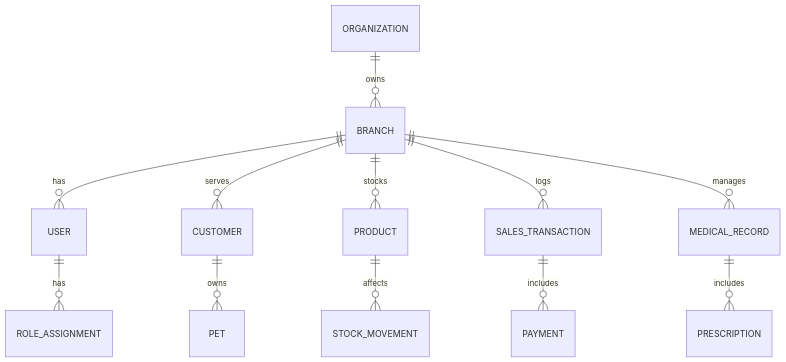
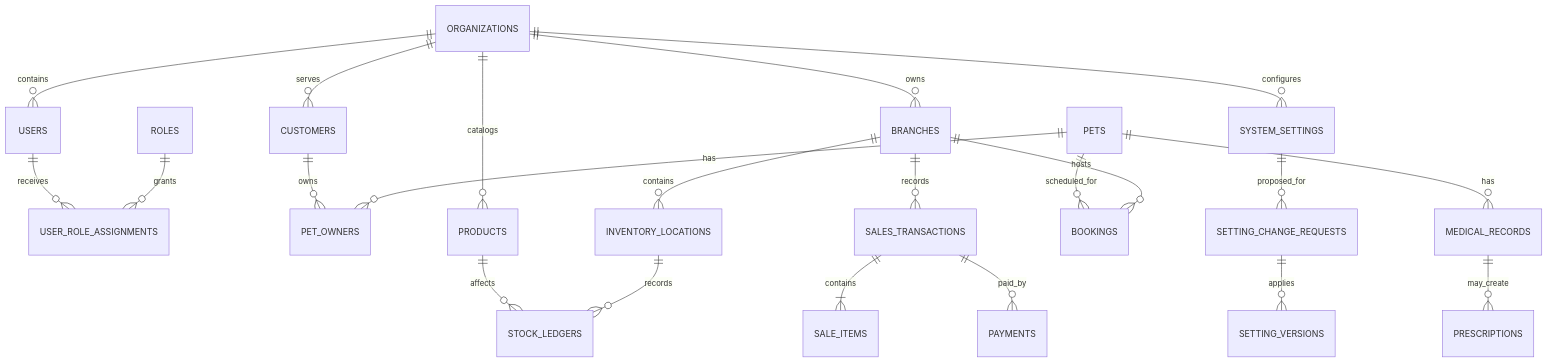
The diagram in docs/04-database/entity-relationship-diagram.md (centranf1/PETORA-INDONESIA), drawn with Mermaid before and after one commit. The commit also changed other lines of this file and 75 other files, not shown here.

````diff
--- a/docs/04-database/entity-relationship-diagram.md
+++ b/docs/04-database/entity-relationship-diagram.md
@@ -25,14 +27,24 @@
 ```mermaid
 erDiagram
-ORGANIZATION ||--o{ BRANCH : owns
-BRANCH ||--o{ USER : has
-USER ||--o{ ROLE_ASSIGNMENT : has
-BRANCH ||--o{ CUSTOMER : serves
-CUSTOMER ||--o{ PET : owns
-BRANCH ||--o{ PRODUCT : stocks
-PRODUCT ||--o{ STOCK_MOVEMENT : affects
-BRANCH ||--o{ SALES_TRANSACTION : logs
-SALES_TRANSACTION ||--o{ PAYMENT : includes
-BRANCH ||--o{ MEDICAL_RECORD : manages
-MEDICAL_RECORD ||--o{ PRESCRIPTION : includes
+	ORGANIZATIONS ||--o{ BRANCHES : owns
+	ORGANIZATIONS ||--o{ USERS : contains
+	USERS ||--o{ USER_ROLE_ASSIGNMENTS : receives
+	ROLES ||--o{ USER_ROLE_ASSIGNMENTS : grants
+	ORGANIZATIONS ||--o{ CUSTOMERS : serves
+	CUSTOMERS ||--o{ PET_OWNERS : owns
+	PETS ||--o{ PET_OWNERS : has
+	ORGANIZATIONS ||--o{ PRODUCTS : catalogs
+	BRANCHES ||--o{ INVENTORY_LOCATIONS : contains
+	PRODUCTS ||--o{ STOCK_LEDGERS : affects
+	INVENTORY_LOCATIONS ||--o{ STOCK_LEDGERS : records
+	BRANCHES ||--o{ SALES_TRANSACTIONS : records
+	SALES_TRANSACTIONS ||--|{ SALE_ITEMS : contains
+	SALES_TRANSACTIONS ||--o{ PAYMENTS : paid_by
+	PETS ||--o{ BOOKINGS : scheduled_for
+	BRANCHES ||--o{ BOOKINGS : hosts
+	PETS ||--o{ MEDICAL_RECORDS : has
+	MEDICAL_RECORDS ||--o{ PRESCRIPTIONS : may_create
+	ORGANIZATIONS ||--o{ SYSTEM_SETTINGS : configures
+	SYSTEM_SETTINGS ||--o{ SETTING_CHANGE_REQUESTS : proposed_for
+	SETTING_CHANGE_REQUESTS ||--o{ SETTING_VERSIONS : applies
 ```
````
